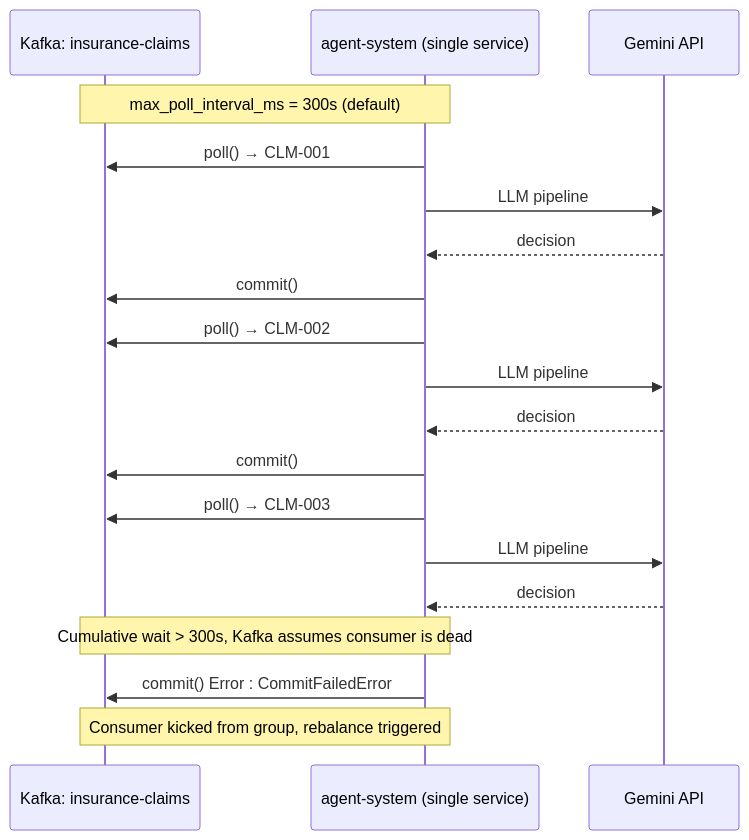
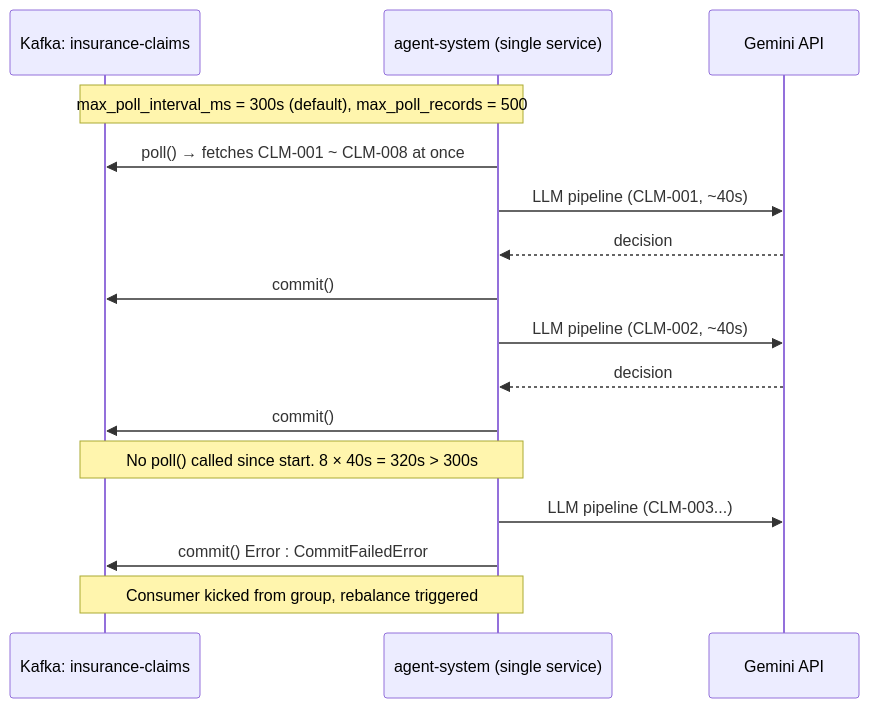
Before and after one commit to Wiwi-Creator/poc-kafka-with-ai-agent: the first of 3 diagrams in overview.md, drawn with Mermaid. The commit also changed other lines of this file and 4 other files, not shown here.

````diff
--- a/overview.md
+++ b/overview.md
@@ -50,27 +50,23 @@
 ```mermaid
 sequenceDiagram
     participant K as Kafka: insurance-claims
     participant A as agent-system (single service)
     participant L as Gemini API
 
-    Note over K,A: max_poll_interval_ms = 300s (default)
+    Note over K,A: max_poll_interval_ms = 300s (default), max_poll_records = 500
 
-    A->>K: poll() → CLM-001
-    A->>L: LLM pipeline
+    A->>K: poll() → fetches CLM-001 ~ CLM-008 at once
+    A->>L: LLM pipeline (CLM-001, ~40s)
     L-->>A: decision
     A->>K: commit()
 
-    A->>K: poll() → CLM-002
-    A->>L: LLM pipeline
+    A->>L: LLM pipeline (CLM-002, ~40s)
     L-->>A: decision
     A->>K: commit()
 
-    A->>K: poll() → CLM-003
-    A->>L: LLM pipeline
-    L-->>A: decision
+    Note over K,A: No poll() called since start. 8 × 40s = 320s > 300s
 
-    Note over K,A: Cumulative wait > 300s, Kafka assumes consumer is dead
-
+    A->>L: LLM pipeline (CLM-003...)
     A->>K: commit() Error : CommitFailedError
     Note over K,A: Consumer kicked from group, rebalance triggered
 ```
````
